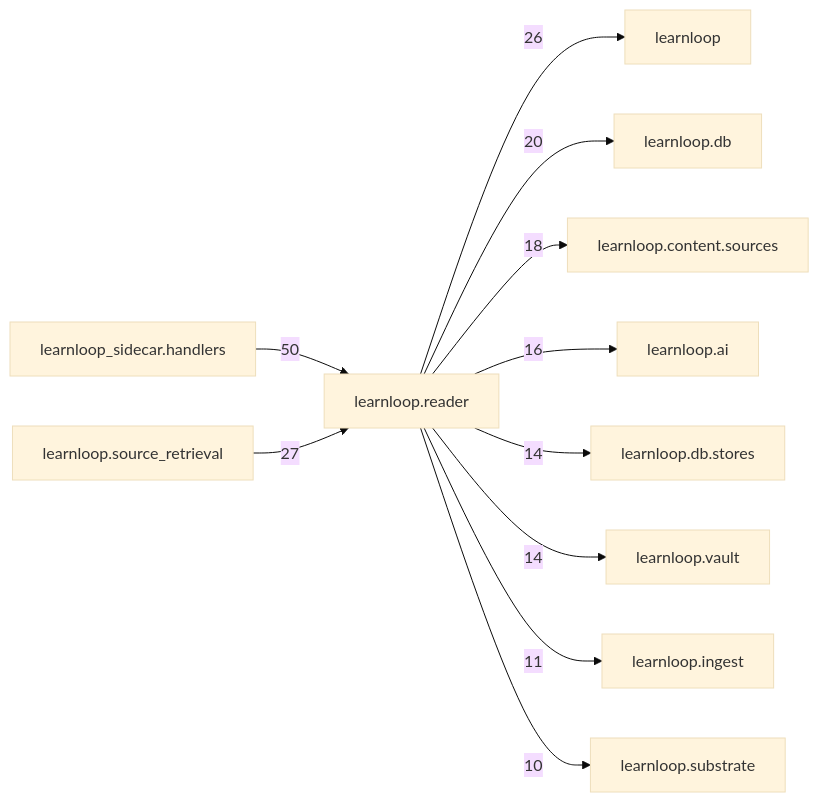
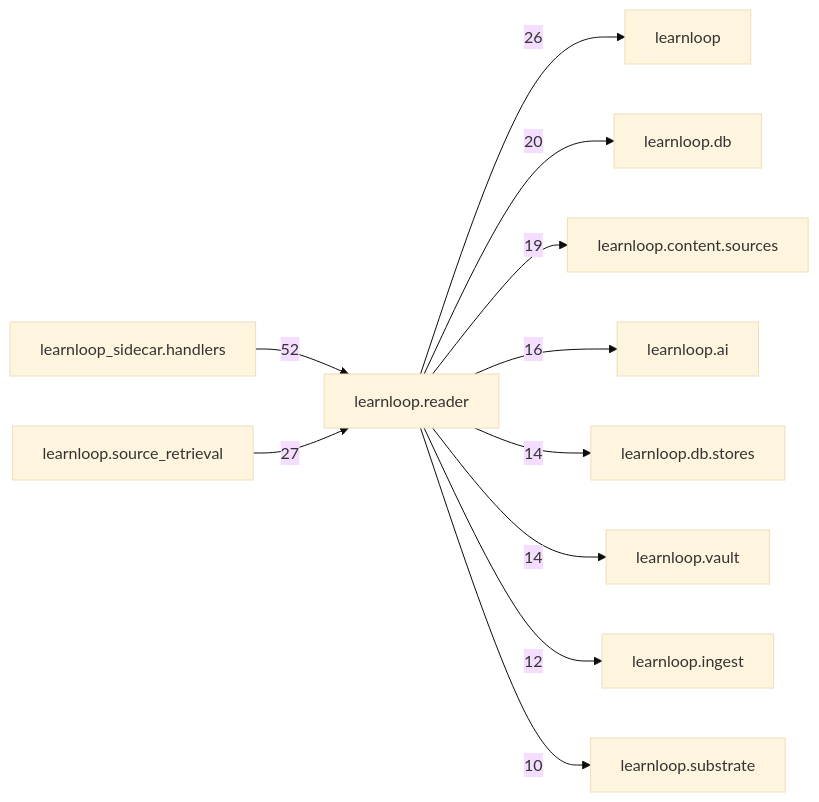
One commit to 6up-b/learnanything changed the diagram in docs/learnloop-architecture-vault/Reference/Modules/learnloop/reader/_package.md. Above: the diagram before and after it, drawn with Mermaid (base theme). The commit also changed other lines of this file and 35 other files, not shown here.

````diff
--- a/docs/learnloop-architecture-vault/Reference/Modules/learnloop/reader/_package.md
+++ b/docs/learnloop-architecture-vault/Reference/Modules/learnloop/reader/_package.md
@@ -153,24 +155,24 @@
 ```mermaid
 flowchart LR
     center["learnloop.reader"]
     n_learnloop_sidecar_handlers["learnloop_sidecar.handlers"]
     n_learnloop_source_retrieval["learnloop.source_retrieval"]
     n_learnloop["learnloop"]
     n_learnloop_db["learnloop.db"]
     n_learnloop_content_sources["learnloop.content.sources"]
     n_learnloop_ai["learnloop.ai"]
     n_learnloop_db_stores["learnloop.db.stores"]
     n_learnloop_vault["learnloop.vault"]
     n_learnloop_ingest["learnloop.ingest"]
     n_learnloop_substrate["learnloop.substrate"]
-    n_learnloop_sidecar_handlers -->|50| center
+    n_learnloop_sidecar_handlers -->|52| center
     n_learnloop_source_retrieval -->|27| center
     center -->|26| n_learnloop
     center -->|20| n_learnloop_db
-    center -->|18| n_learnloop_content_sources
+    center -->|19| n_learnloop_content_sources
     center -->|16| n_learnloop_ai
     center -->|14| n_learnloop_db_stores
     center -->|14| n_learnloop_vault
-    center -->|11| n_learnloop_ingest
+    center -->|12| n_learnloop_ingest
     center -->|10| n_learnloop_substrate
 ```
````
